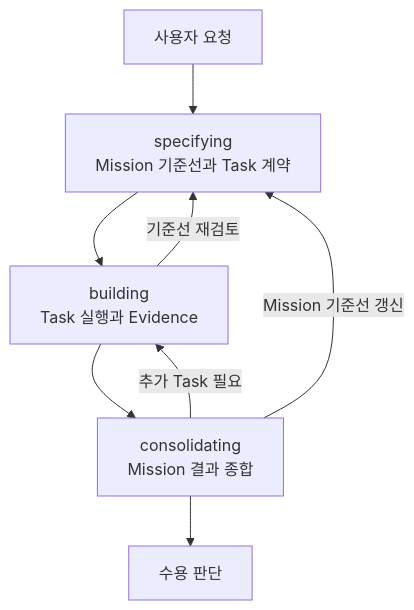
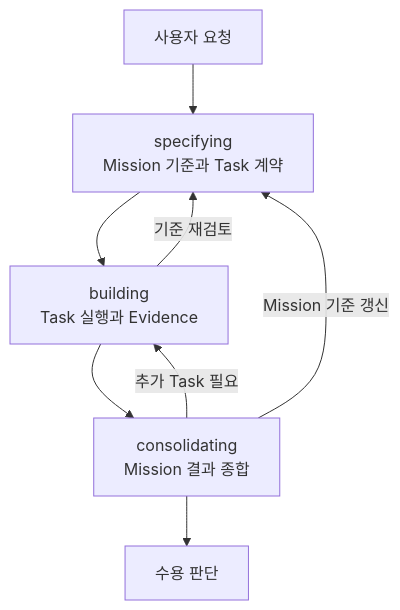
The first of 2 diagrams in README.ko.md (choam2426/geas), drawn with Mermaid before and after one commit. The commit also changed other lines of this file and 82 other files, not shown here.

````diff
--- a/README.ko.md
+++ b/README.ko.md
@@ -101,10 +101,10 @@
 ```mermaid
 flowchart TD
-  request["사용자 요청"] --> specifying["specifying<br/>Mission 기준선과 Task 계약"]
+  request["사용자 요청"] --> specifying["specifying<br/>Mission 기준과 Task 계약"]
   specifying --> building["building<br/>Task 실행과 Evidence"]
   building --> consolidating["consolidating<br/>Mission 결과 종합"]
   consolidating --> judgment["수용 판단"]
-  building -->|"기준선 재검토"| specifying
+  building -->|"기준 재검토"| specifying
   consolidating -->|"추가 Task 필요"| building
-  consolidating -->|"Mission 기준선 갱신"| specifying
+  consolidating -->|"Mission 기준 갱신"| specifying
 ```
````
